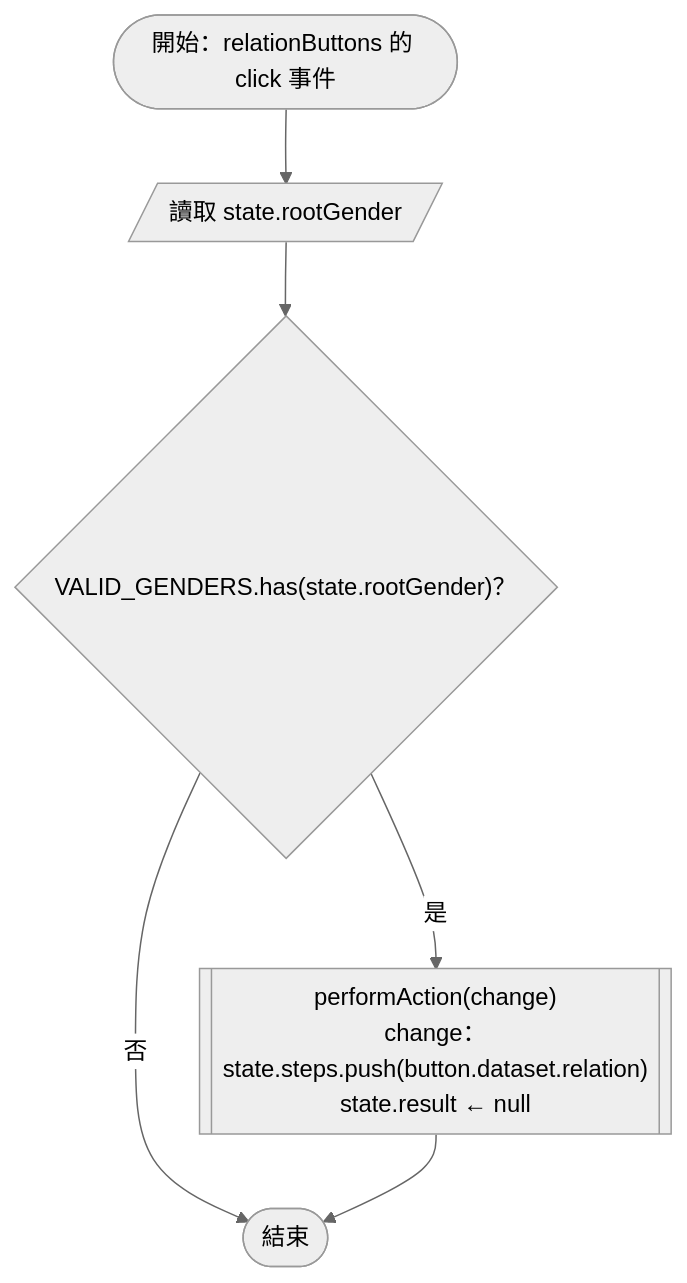
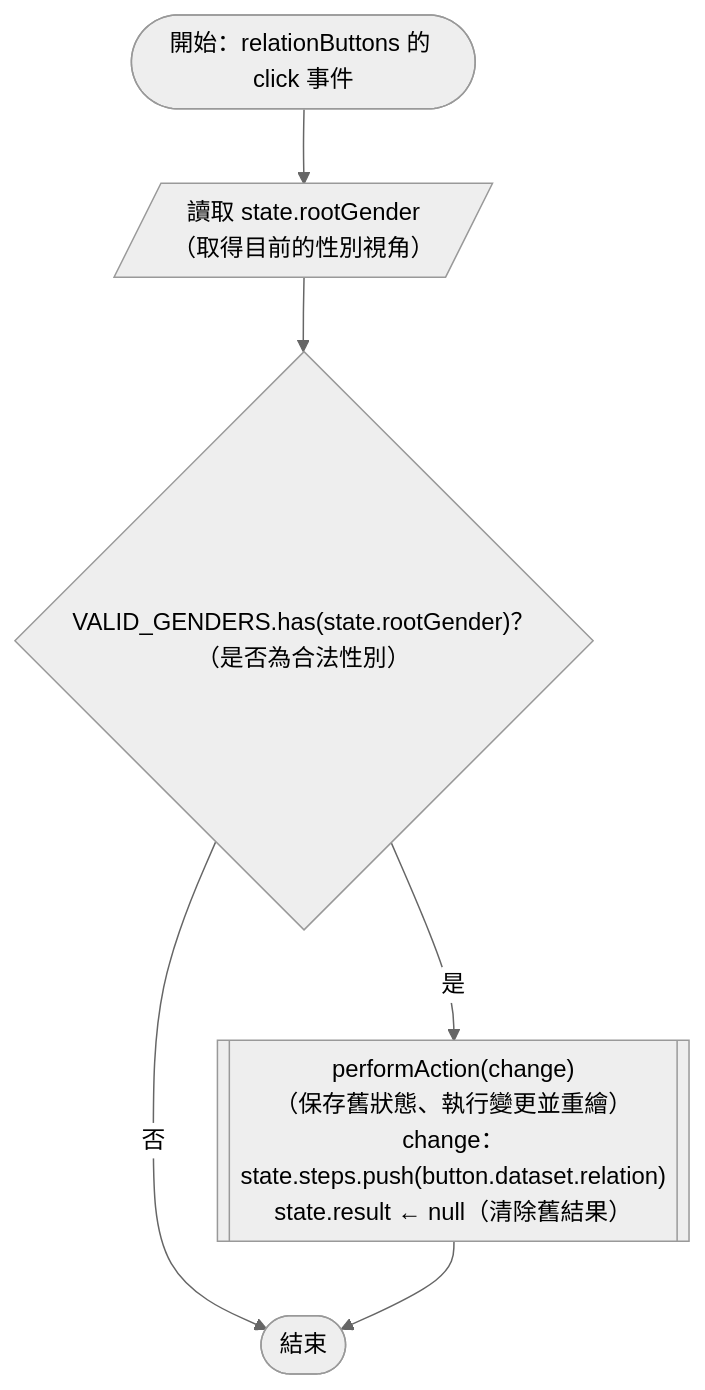
Before and after one commit to Chuen666666/hw3: the first of 29 diagrams in README.md, drawn with Mermaid (neutral theme). The commit also changed other lines of this file and 1 other file, not shown here.

Commit message:
補充流程圖程式碼中文說明

````diff
--- a/README.md
+++ b/README.md
@@ -9,8 +9,8 @@
 ```mermaid
 flowchart TD
-    START(["開始：relationButtons 的 click 事件"]) --> READ[/"讀取 state.rootGender"/]
-    READ --> VALID{"VALID_GENDERS.has(state.rootGender)？"}
+    START(["開始：relationButtons 的 click 事件"]) --> READ[/"讀取 state.rootGender<br/>（取得目前的性別視角）"/]
+    READ --> VALID{"VALID_GENDERS.has(state.rootGender)？<br/>（是否為合法性別）"}
     VALID -- "否" --> END(["結束"])
-    VALID -- "是" --> ACTION[["performAction(change)<br/>change：state.steps.push(button.dataset.relation)<br/>state.result ← null"]]
+    VALID -- "是" --> ACTION[["performAction(change)<br/>（保存舊狀態、執行變更並重繪）<br/>change：state.steps.push(button.dataset.relation)<br/>state.result ← null（清除舊結果）"]]
     ACTION --> END
 ```
````
